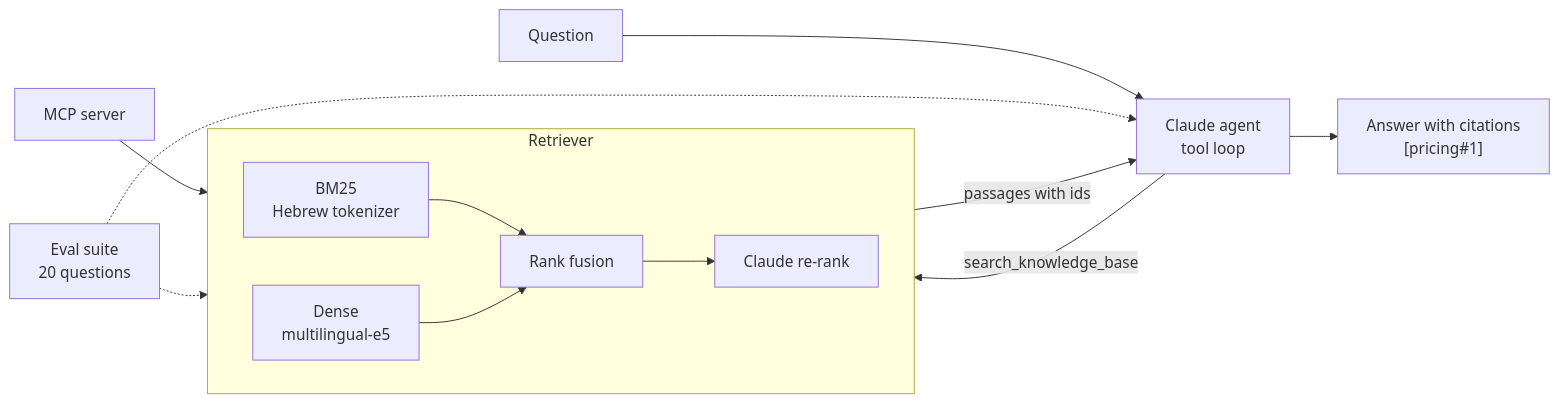
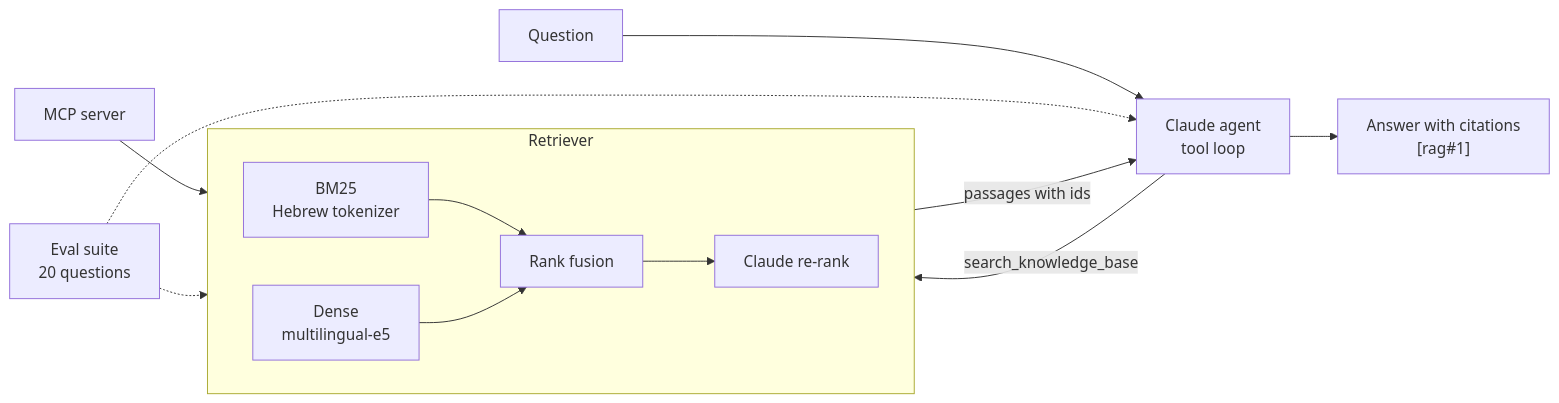
Before and after one commit to lizamir/moked: the diagram in README.md, drawn with Mermaid. The commit also changed other lines of this file and 42 other files, not shown here.

````diff
--- a/README.md
+++ b/README.md
@@ -7,16 +11,16 @@
 ```mermaid
 flowchart LR
     Q[Question] --> A[Claude agent<br/>tool loop]
     A -- search_knowledge_base --> R
     subgraph R[Retriever]
         direction LR
         B[BM25<br/>Hebrew tokenizer] --> F[Rank fusion]
         D[Dense<br/>multilingual-e5] --> F
         F --> X[Claude re-rank]
     end
     R -- passages with ids --> A
-    A --> O["Answer with citations<br/>[pricing#1]"]
+    A --> O["Answer with citations<br/>[rag#1]"]
     M[MCP server] --> R
     E[Eval suite<br/>20 questions] -.-> R
     E -.-> A
 ```
````
